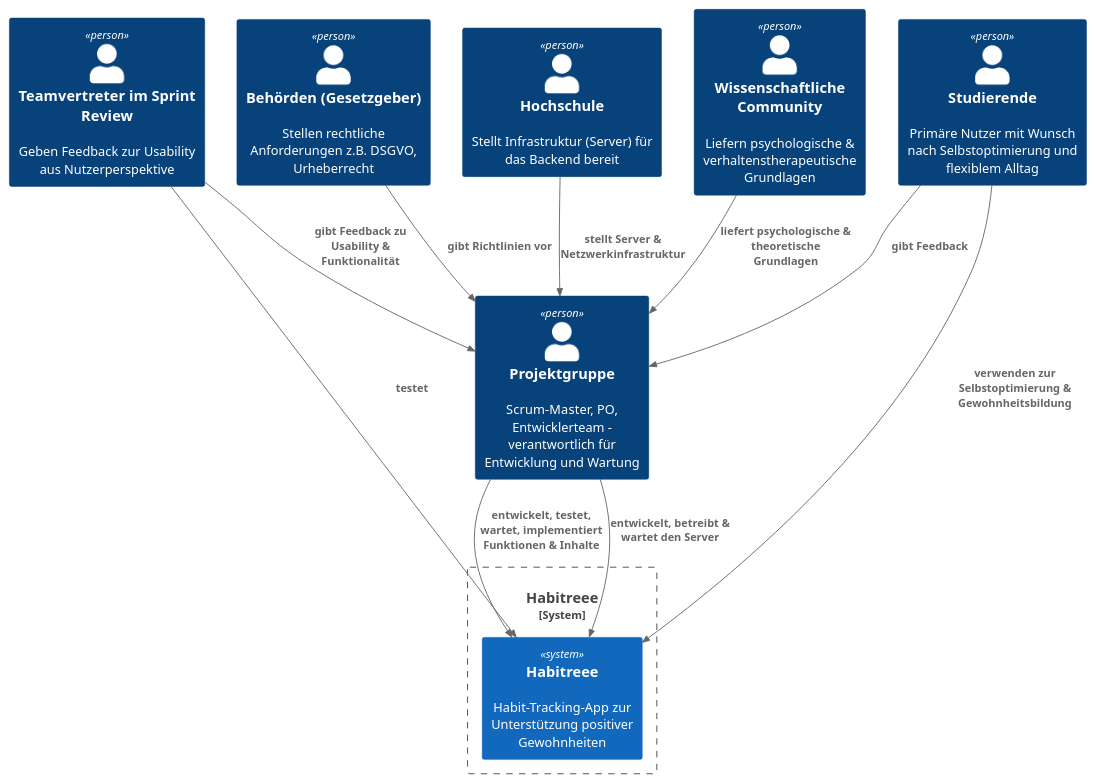
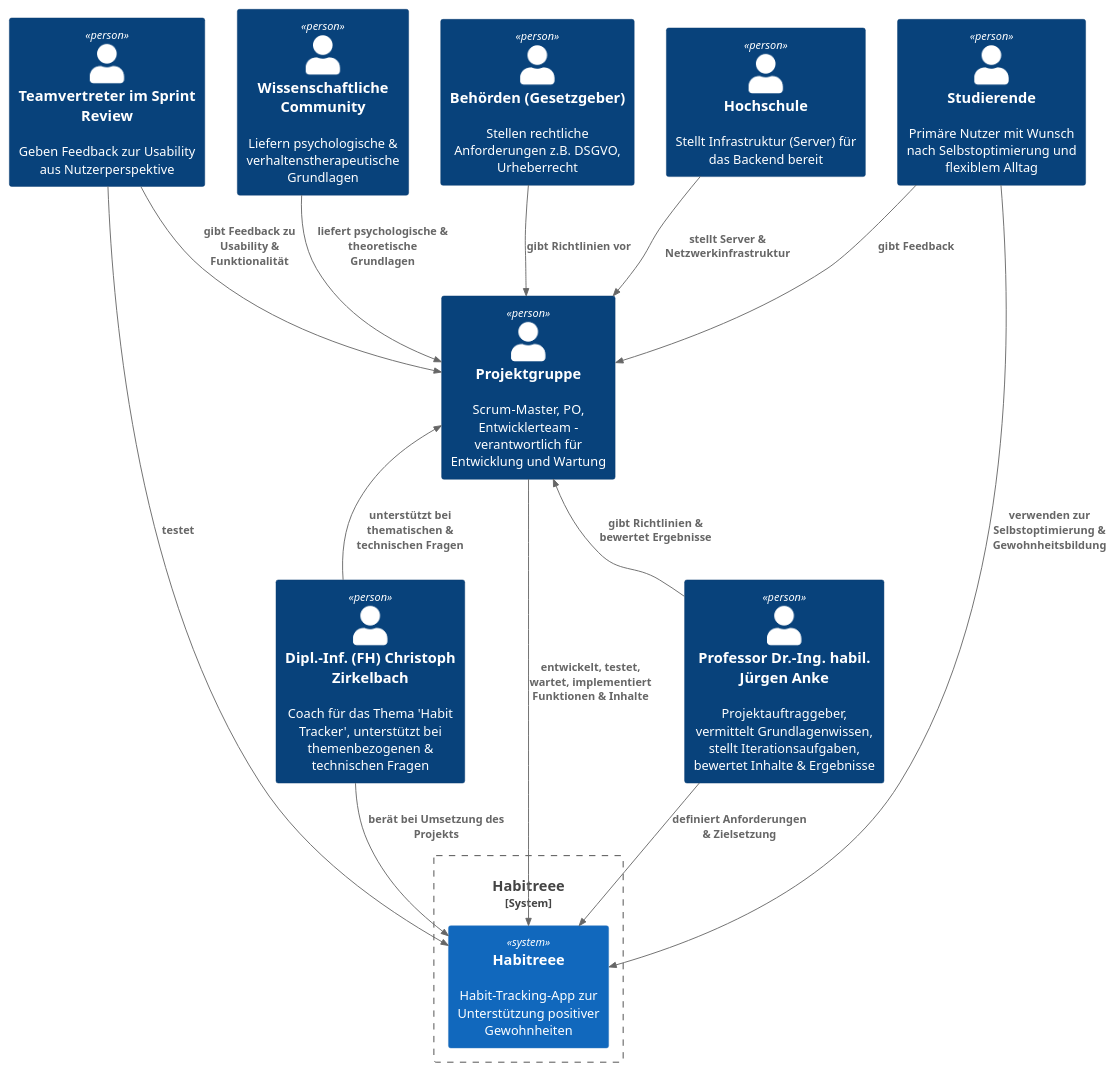
The diagram in docs/architecture/plantuml/c4-habitree-level1.plantuml (laurenzzzzzz/htwd-se1-habitree), drawn with PlantUML before and after one commit. The commit also changed 3 other files, not shown here.

Commit message:
Update ergänzen von Stakeholdern, Level 1 C4 Model verbessert, kirze Erklärung zu C4 Modellen (architecture_notebook.adoc, visison.adoc)

```diff
--- a/docs/architecture/plantuml/c4-habitree-level1.plantuml
+++ b/docs/architecture/plantuml/c4-habitree-level1.plantuml
@@ -1,31 +1,39 @@
 @startuml C4-Level1
 !include https://raw.githubusercontent.com/plantuml-stdlib/C4-PlantUML/master/C4_Context.puml
 
 System_Boundary(s1, "Habitreee") {
   System(habitreee, "Habitreee", "Habit-Tracking-App zur Unterstützung positiver Gewohnheiten")
 }
 
 ' Personen
+Person(studierende, "Studierende", "Primäre Nutzer mit Wunsch nach Selbstoptimierung und flexiblem Alltag")
+Person(teamvertreter, "Teamvertreter im Sprint Review", "Geben Feedback zur Usability aus Nutzerperspektive")
+Person(projektgruppe, "Projektgruppe", "Scrum-Master, PO, Entwicklerteam – verantwortlich für Entwicklung und Wartung")
+Person(professor, "Professor Dr.-Ing. habil. Jürgen Anke", "Projektauftraggeber, vermittelt Grundlagenwissen, stellt Iterationsaufgaben, bewertet Inhalte & Ergebnisse")
+Person(coach, "Dipl.-Inf. (FH) Christoph Zirkelbach", "Coach für das Thema 'Habit Tracker', unterstützt bei themenbezogenen & technischen Fragen")
+Person(wissenschaft, "Wissenschaftliche Community", "Liefern psychologische & verhaltenstherapeutische Grundlagen")
+Person(behörden, "Behörden (Gesetzgeber)", "Stellen rechtliche Anforderungen z.B. DSGVO, Urheberrecht")
 Person(hochschule, "Hochschule", "Stellt Infrastruktur (Server) für das Backend bereit")
 
-Person(projektgruppe, "Projektgruppe", "Scrum-Master, PO, Entwicklerteam – verantwortlich für Entwicklung und Wartung")
-Person(wissenschaft, "Wissenschaftliche Community", "Liefern psychologische & verhaltenstherapeutische Grundlagen")
-Person(teamvertreter, "Teamvertreter im Sprint Review", "Geben Feedback zur Usability aus Nutzerperspektive")
-Person(behörden, "Behörden (Gesetzgeber)", "Stellen rechtliche Anforderungen z.B. DSGVO, Urheberrecht")
-Person(studierende, "Studierende", "Primäre Nutzer mit Wunsch nach Selbstoptimierung und flexiblem Alltag")
-
-
+' Layout-Anordnung
+Lay_L(professor, projektgruppe)
+Lay_L(coach, projektgruppe)
+Lay_D(hochschule, projektgruppe)
+Lay_R(wissenschaft, projektgruppe)
+Lay_R(behörden, studierende)
 
 ' Beziehungen
+Rel(studierende, habitreee, "verwenden zur Selbstoptimierung & Gewohnheitsbildung")
+Rel(studierende, projektgruppe, "gibt Feedback")
 Rel(teamvertreter, habitreee, "testet")
-Rel(studierende, projektgruppe, "gibt Feedback")
-Rel(studierende, habitreee, "verwenden zur Selbstoptimierung & Gewohnheitsbildung")
 Rel(teamvertreter, projektgruppe, "gibt Feedback zu Usability & Funktionalität")
+Rel(projektgruppe, habitreee, "entwickelt, testet, wartet, implementiert Funktionen & Inhalte")
+Rel(hochschule, projektgruppe, "stellt Server & Netzwerkinfrastruktur")
+Rel(wissenschaft, projektgruppe, "liefert psychologische & theoretische Grundlagen")
 Rel(behörden, projektgruppe, "gibt Richtlinien vor")
-Rel(wissenschaft, projektgruppe, "liefert psychologische & theoretische Grundlagen")
-Rel(projektgruppe, habitreee, "entwickelt, testet, wartet, implementiert Funktionen & Inhalte")
-Rel(projektgruppe, habitreee, "entwickelt, betreibt & wartet den Server")
-Rel(hochschule, projektgruppe, "stellt Server & Netzwerkinfrastruktur")
-
+Rel(professor, projektgruppe, "gibt Richtlinien & bewertet Ergebnisse")
+Rel(professor, habitreee, "definiert Anforderungen & Zielsetzung")
+Rel(coach, projektgruppe, "unterstützt bei thematischen & technischen Fragen")
+Rel(coach, habitreee, "berät bei Umsetzung des Projekts")
 
 @enduml
```
